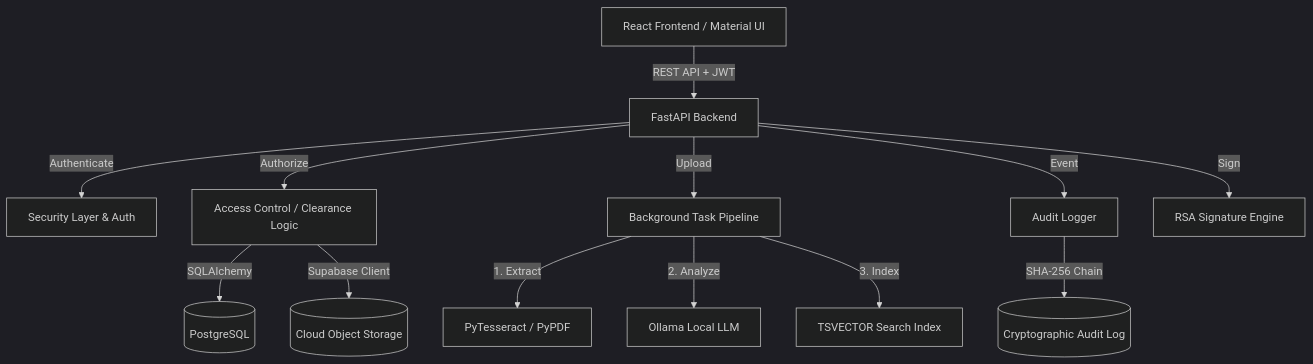
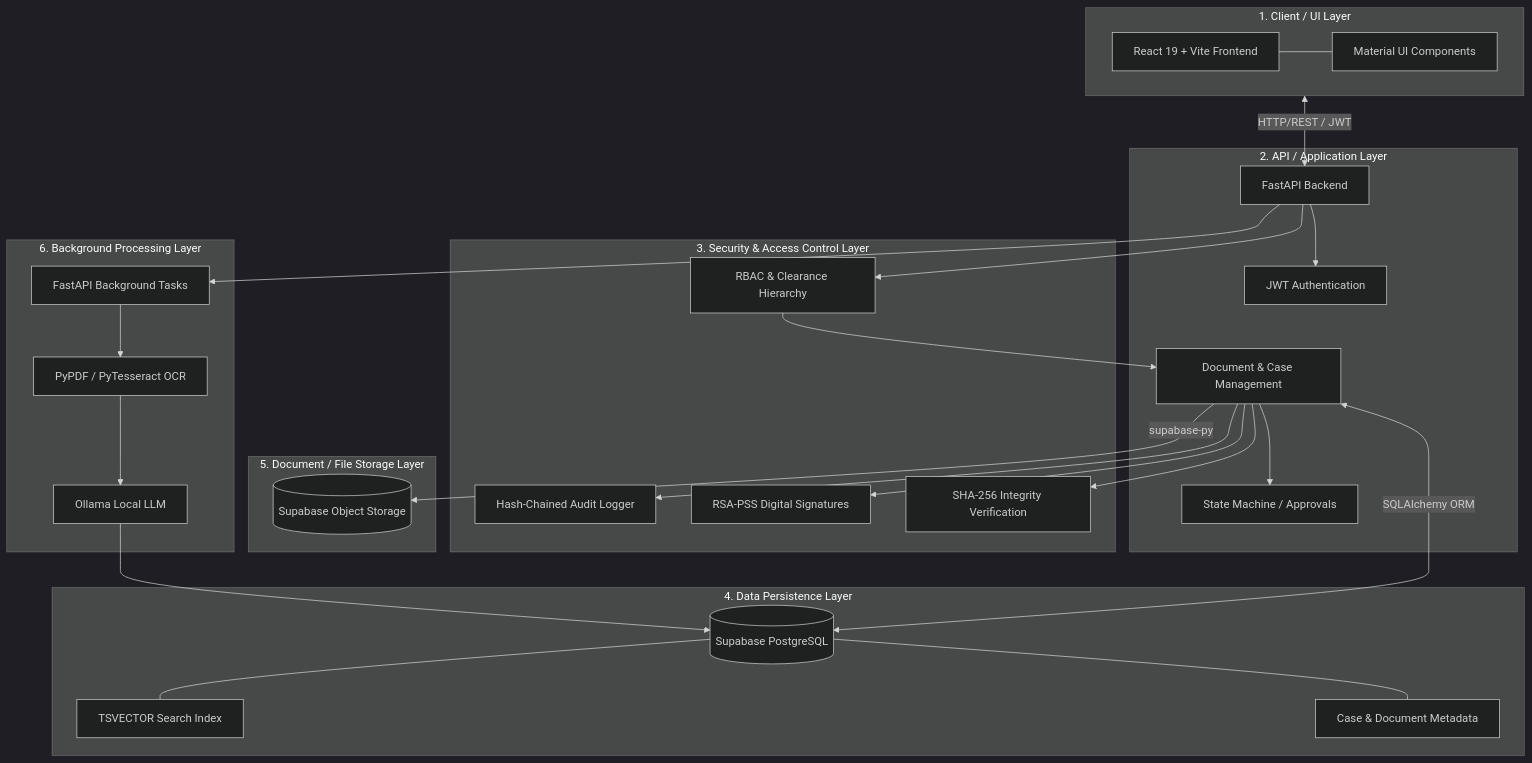
One commit to Prabhanshu2025B0384/SDMS changed the third of 3 diagrams in README.md. Above: the diagram before and after it, drawn with Mermaid (dark theme). The commit also changed other lines of this file, not shown here.

````diff
--- a/README.md
+++ b/README.md
@@ -539,22 +631,60 @@
 ```mermaid
-graph TD
-    UI[React Frontend / Material UI] -->|REST API + JWT| API[FastAPI Backend]
+flowchart TD
+    subgraph ClientLayer [1. Client / UI Layer]
+        UI[React 19 + Vite Frontend]
+        MUI[Material UI Components]
+        UI --- MUI
+    end
+
+    subgraph APILayer [2. API / Application Layer]
+        FastAPI[FastAPI Backend]
+        Auth[JWT Authentication]
+        Docs[Document & Case Management]
+        Workflow[State Machine / Approvals]
+    end
     
-    API -->|Authenticate| Auth[Security Layer & Auth]
-    API -->|Authorize| RBAC[Access Control / Clearance Logic]
+    subgraph SecurityLayer [3. Security & Access Control Layer]
+        RBAC[RBAC & Clearance Hierarchy]
+        Audit[Hash-Chained Audit Logger]
+        Crypto[RSA-PSS Digital Signatures]
+        Hasher[SHA-256 Integrity Verification]
+    end
+
+    subgraph DataLayer [4. Data Persistence Layer]
+        DB[(Supabase PostgreSQL)]
+        TSV[TSVECTOR Search Index]
+        Meta[Case & Document Metadata]
+    end
+
+    subgraph StorageLayer [5. Document / File Storage Layer]
+        Supabase[(Supabase Object Storage)]
+    end
     
-    RBAC -->|SQLAlchemy| DB[(PostgreSQL)]
-    RBAC -->|Supabase Client| Storage[(Cloud Object Storage)]
+    subgraph BackgroundLayer [6. Background Processing Layer]
+        Tasks[FastAPI Background Tasks]
+        Extract[PyPDF / PyTesseract OCR]
+        Ollama[Ollama Local LLM]
+    end
+
+    %% Flow connections
+    ClientLayer <-->|HTTP/REST / JWT| FastAPI
+    FastAPI --> Auth
+    FastAPI --> RBAC
+    RBAC --> Docs
+    Docs --> Workflow
     
-    %% Processing Pipeline
-    API -->|Upload| Pipeline[Background Task Pipeline]
-    Pipeline -->|1. Extract| OCR[PyTesseract / PyPDF]
-    Pipeline -->|2. Analyze| AI[Ollama Local LLM]
-    Pipeline -->|3. Index| TSV[TSVECTOR Search Index]
+    Docs --> Crypto
+    Docs --> Hasher
+    Docs --> Audit
     
-    %% Security & Auditing
-    API -->|Event| Audit[Audit Logger]
-    Audit -->|SHA-256 Chain| Ledger[(Cryptographic Audit Log)]
+    Docs <-->|SQLAlchemy ORM| DB
+    DB --- TSV
+    DB --- Meta
     
-    API -->|Sign| Crypto[RSA Signature Engine]
+    Docs -->|supabase-py| Supabase
+    
+    FastAPI --> Tasks
+    Tasks --> Extract
+    Extract --> Ollama
+    Ollama --> DB
 ```
````
